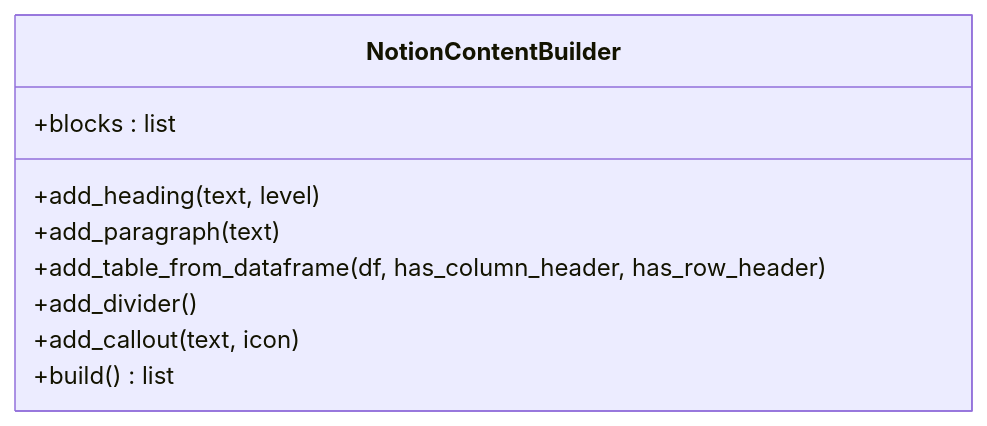
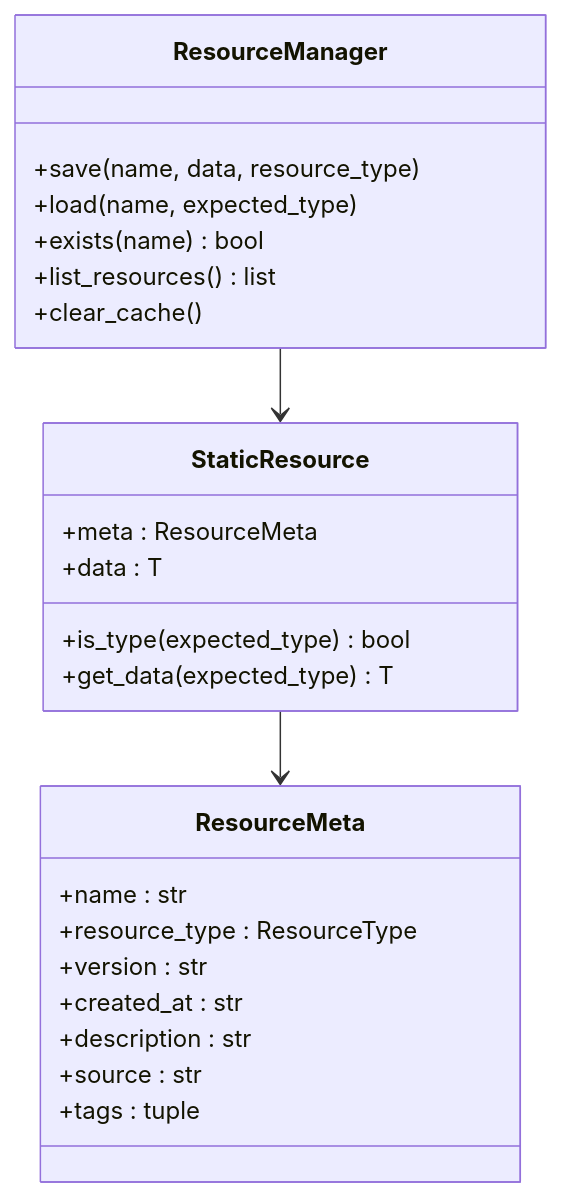
Before and after one commit to iverwong/DataLife: the fifth of 6 diagrams in .qoder/repowiki/zh/content/测试策略/测试策略.md, drawn with Mermaid. The commit also changed other lines of this file and 6 other files, not shown here.

````diff
--- a/.qoder/repowiki/zh/content/测试策略/测试策略.md
+++ b/.qoder/repowiki/zh/content/测试策略/测试策略.md
@@ -262,12 +213,27 @@
 ```mermaid
 classDiagram
-class NotionContentBuilder {
-+blocks : list
-+add_heading(text, level)
-+add_paragraph(text)
-+add_table_from_dataframe(df, has_column_header, has_row_header)
-+add_divider()
-+add_callout(text, icon)
-+build() list
+class ResourceManager {
++save(name, data, resource_type)
++load(name, expected_type)
++exists(name) bool
++list_resources() list
++clear_cache()
 }
+class StaticResource {
++meta : ResourceMeta
++data : T
++is_type(expected_type) bool
++get_data(expected_type) T
+}
+class ResourceMeta {
++name : str
++resource_type : ResourceType
++version : str
++created_at : str
++description : str
++source : str
++tags : tuple
+}
+ResourceManager --> StaticResource
+StaticResource --> ResourceMeta
 ```
````
